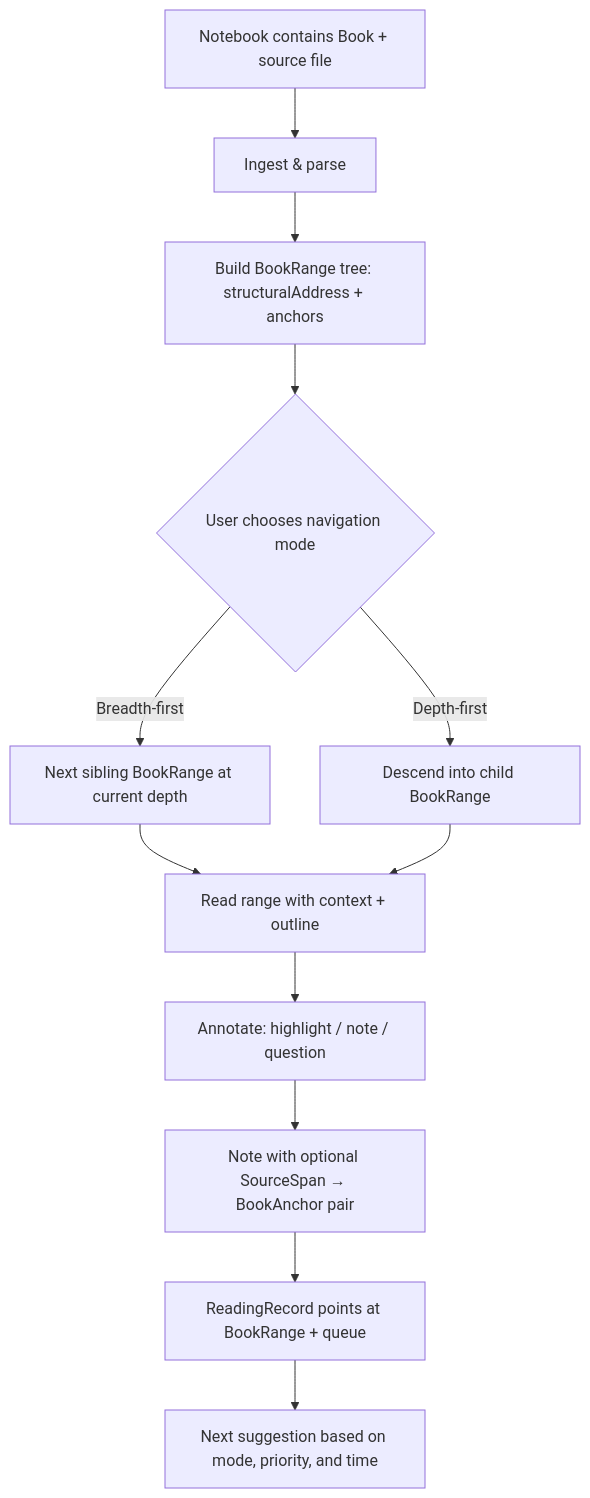
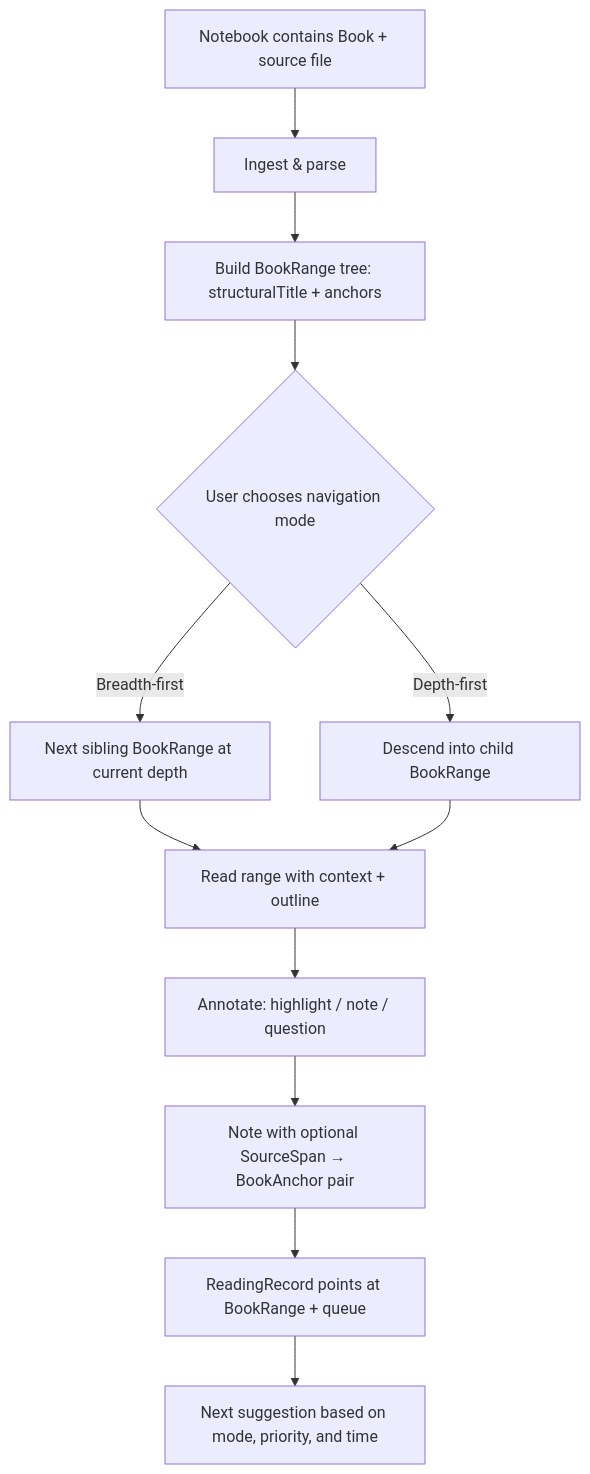
The diagram in ongoing/book-reading-research-report.md (nerds-odd-e/doughnut), drawn with Mermaid before and after one commit. The commit also changed other lines of this file and 2 other files, not shown here.

First line of the commit message:
refactor(docs): update book reading architecture and plan documentation

````diff
--- a/ongoing/book-reading-research-report.md
+++ b/ongoing/book-reading-research-report.md
@@ -58,14 +58,14 @@
 ```mermaid
 flowchart TD
   A[Notebook contains Book + source file] --> B[Ingest & parse]
-  B --> C[Build BookRange tree: structuralAddress + anchors]
+  B --> C[Build BookRange tree: structuralTitle + anchors]
   C --> D{User chooses navigation mode}
   D -->|Breadth-first| E[Next sibling BookRange at current depth]
   D -->|Depth-first| F[Descend into child BookRange]
   E --> G[Read range with context + outline]
   F --> G
   G --> H[Annotate: highlight / note / question]
   H --> I[Note with optional SourceSpan → BookAnchor pair]
   I --> J[ReadingRecord points at BookRange + queue]
   J --> K[Next suggestion based on mode, priority, and time]
 ```
````
